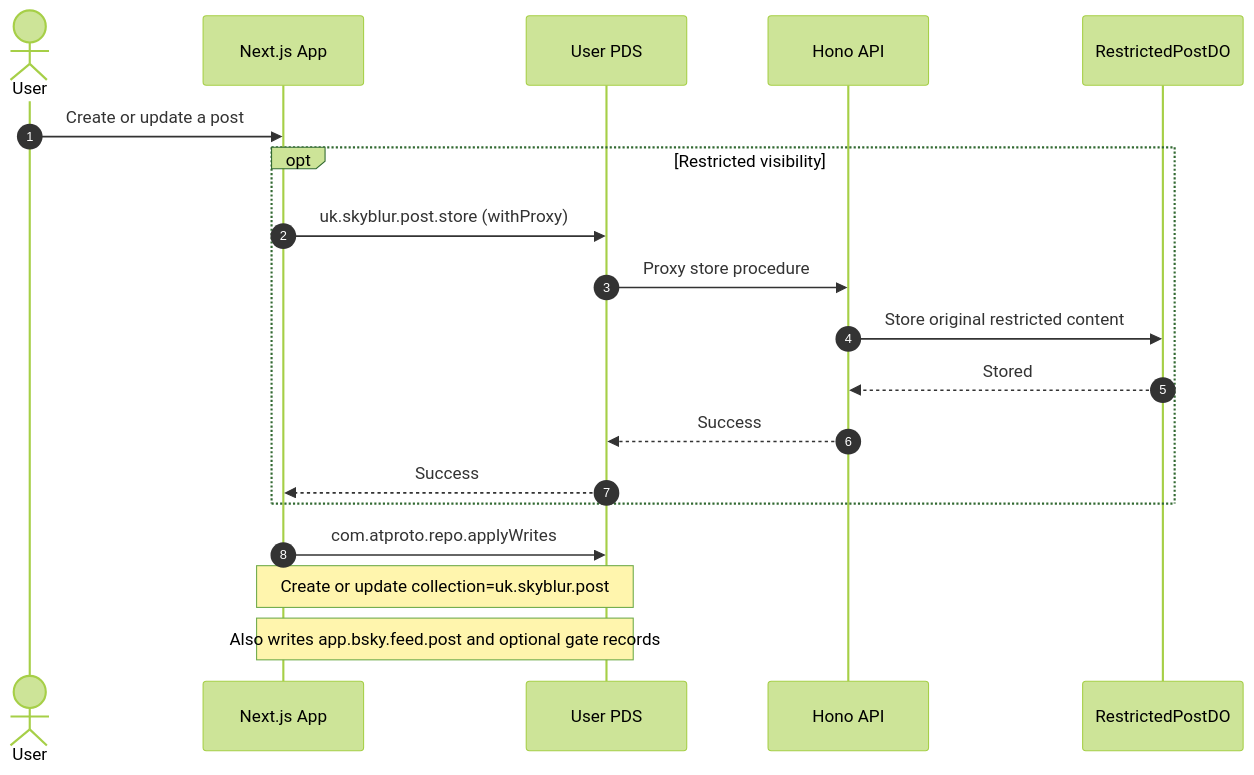
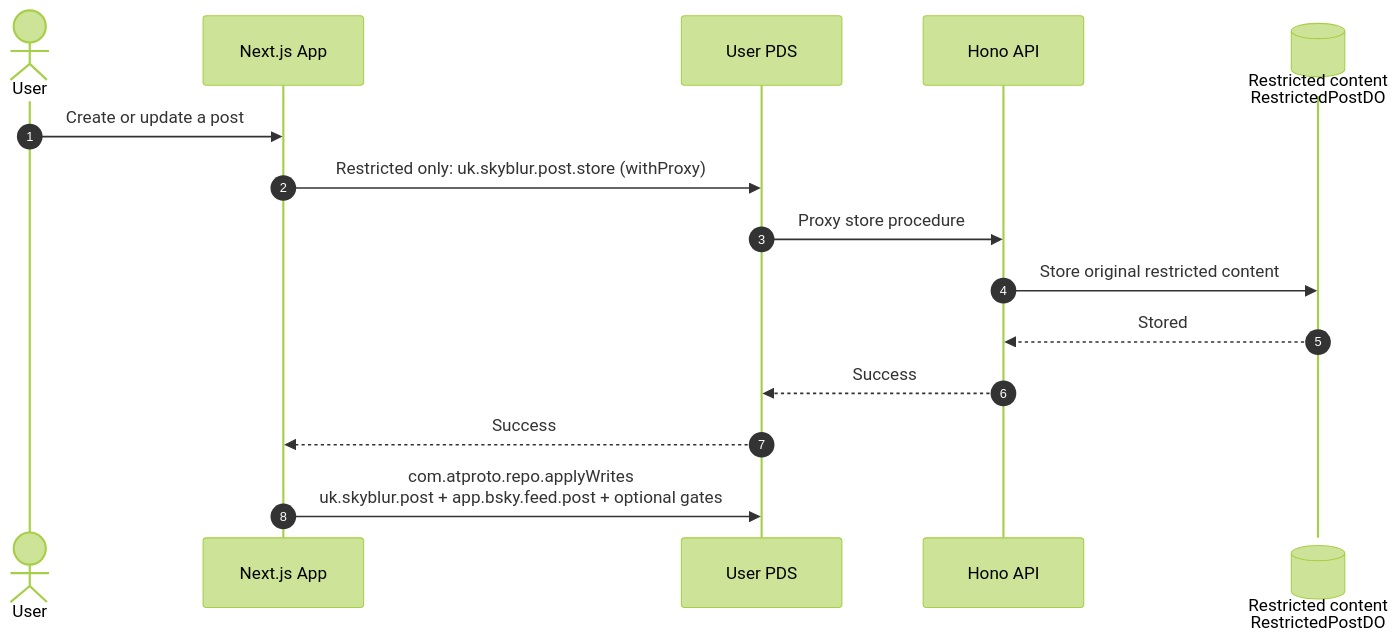
The second of 4 diagrams in README.md (usounds/Skyblur), drawn with Mermaid (forest theme) before and after one commit. The commit also changed other lines of this file, not shown here.

Commit message:
Clarify PostMirrorDO and access flow diagrams

````diff
--- a/README.md
+++ b/README.md
@@ -44,22 +44,18 @@
 ```mermaid
 sequenceDiagram
     autonumber
     actor User
     participant App as Next.js App
     participant PDS as User PDS
     participant API as Hono API
-    participant Content as RestrictedPostDO
+    participant RestrictedDB@{ "type": "database" } as Restricted content<br/>RestrictedPostDO
 
     User->>App: Create or update a post
-    opt Restricted visibility
-        App->>PDS: uk.skyblur.post.store (withProxy)
-        PDS->>API: Proxy store procedure
-        API->>Content: Store original restricted content
-        Content-->>API: Stored
-        API-->>PDS: Success
-        PDS-->>App: Success
-    end
-    App->>PDS: com.atproto.repo.applyWrites
-    Note over App,PDS: Create or update collection=uk.skyblur.post
-    Note over App,PDS: Also writes app.bsky.feed.post and optional gate records
+    App->>PDS: Restricted only: uk.skyblur.post.store (withProxy)
+    PDS->>API: Proxy store procedure
+    API->>RestrictedDB: Store original restricted content
+    RestrictedDB-->>API: Stored
+    API-->>PDS: Success
+    PDS-->>App: Success
+    App->>PDS: com.atproto.repo.applyWrites<br/>uk.skyblur.post + app.bsky.feed.post + optional gates
 ```
````
